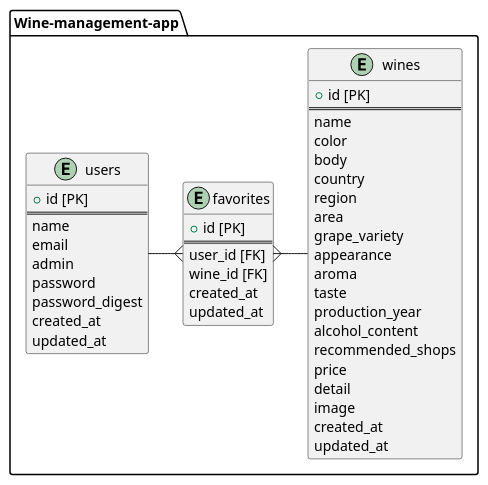
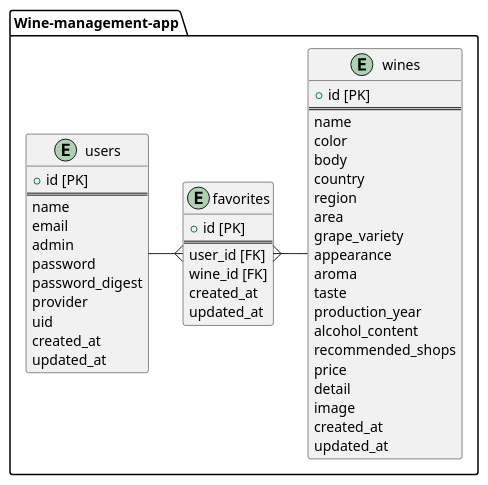
One commit to geshi-geshi/Wine-management-app changed the diagram in app-er.pu. Above: the diagram before and after it, drawn with PlantUML.

Commit message:
ER図修正

```diff
--- a/app-er.pu
+++ b/app-er.pu
@@ -1,53 +1,55 @@
 @startuml 
 
 package "Wine-management-app" {
     entity "users" {
       + id [PK]
       ==
       name
       email
       admin
       password
       password_digest
+      provider
+      uid
       created_at
       updated_at
     }
 
 
     entity "wines" {
       + id [PK]
       ==
       name
       color
       body
       country
       region
       area
       grape_variety
       appearance
       aroma
       taste
       production_year
       alcohol_content
       recommended_shops
       price
       detail
       image
       created_at
       updated_at
     }
 
     entity "favorites" {
       + id [PK]
       ==
       user_id [FK]
       wine_id [FK]
       created_at
       updated_at
     }
 }
 
 users -ri-{ favorites
 wines -le-{ favorites
 
 @enduml
```
